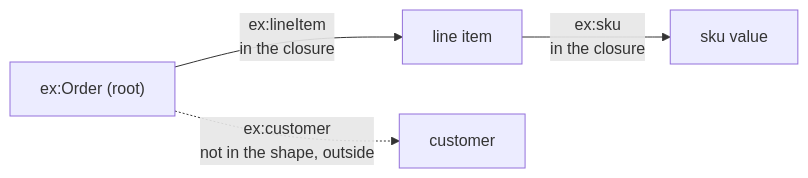
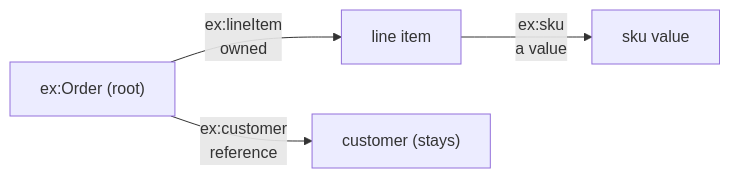
Diagram 15 of 17 in ontology/persistence/README.md (nebularis/lattice), drawn with Mermaid before and after one commit. The commit also changed other lines of this file and 7 other files, not shown here.

````diff
--- a/ontology/persistence/README.md
+++ b/ontology/persistence/README.md
@@ -1213,6 +1228,6 @@
 ```mermaid
 flowchart LR
-    O["ex:Order (root)"] -- "ex:lineItem<br/>in the closure" --> L["line item"]
-    L -- "ex:sku<br/>in the closure" --> S["sku value"]
-    O -. "ex:customer<br/>not in the shape, outside" .-> C["customer"]
+    O["ex:Order (root)"] -- "ex:lineItem<br/>owned" --> L["line item"]
+    L -- "ex:sku<br/>a value" --> S["sku value"]
+    O -- "ex:customer<br/>reference" --> C["customer (stays)"]
 ```
````
